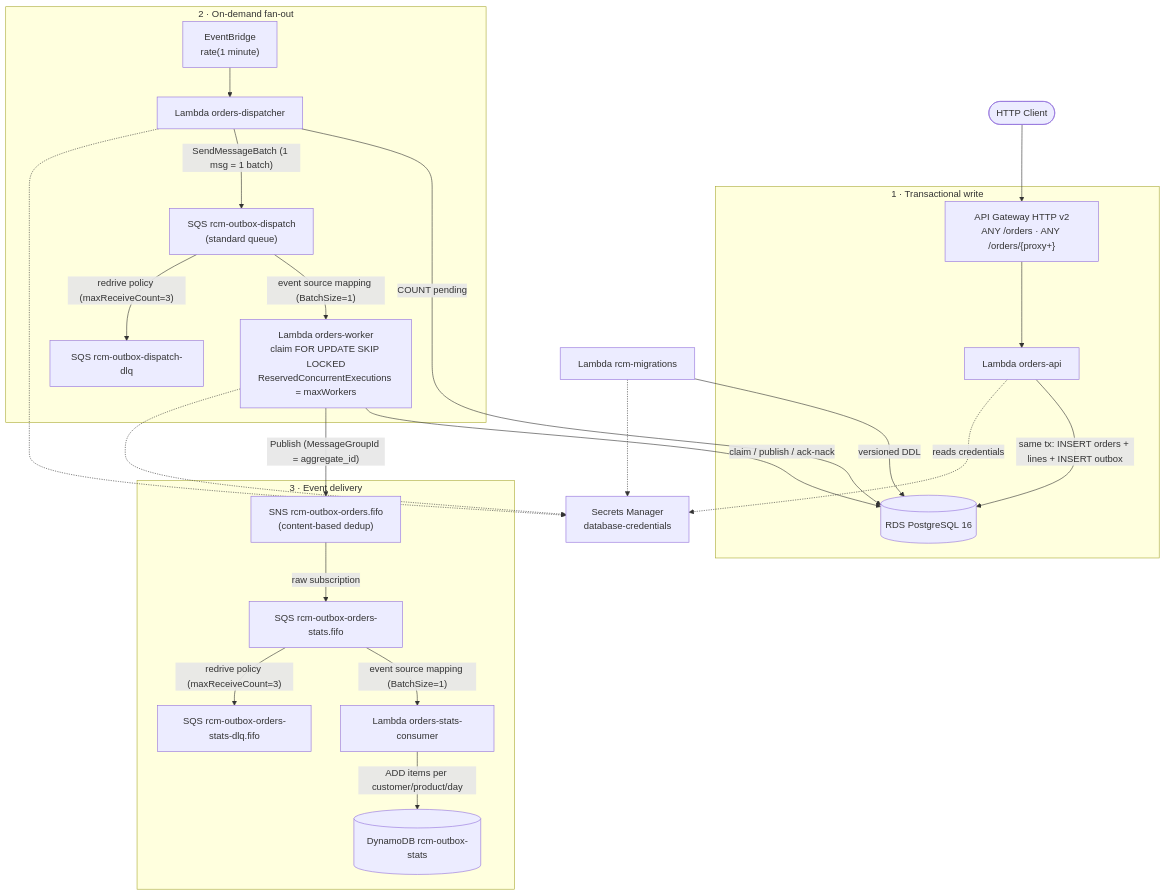
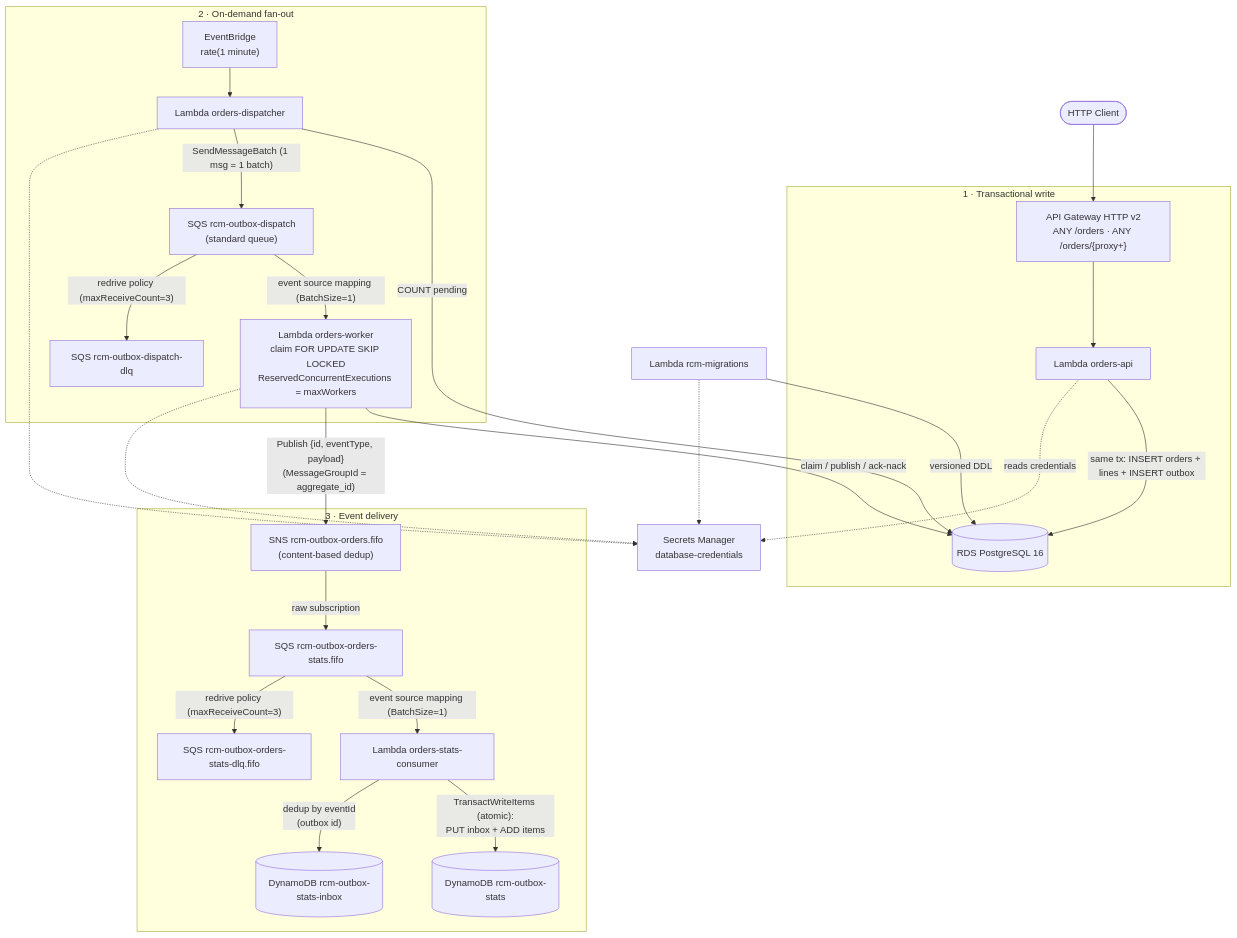
Before and after one commit to rcastellor/rcm-outbox: the diagram in README-en.md, drawn with Mermaid. The commit also changed other lines of this file and 16 other files, not shown here.

````diff
--- a/README-en.md
+++ b/README-en.md
@@ -11,52 +13,54 @@
 ```mermaid
 flowchart TB
     client(["HTTP Client"])
 
     subgraph escritura ["1 · Transactional write"]
         apigw["API Gateway HTTP v2<br/>ANY /orders · ANY /orders/{proxy+}"]
         api["Lambda orders-api"]
         db[("RDS PostgreSQL 16")]
     end
 
     subgraph fanout ["2 · On-demand fan-out"]
         eb["EventBridge<br/>rate(1 minute)"]
         disp["Lambda orders-dispatcher"]
         dq["SQS rcm-outbox-dispatch<br/>(standard queue)"]
         dqdlq["SQS rcm-outbox-dispatch-dlq"]
         worker["Lambda orders-worker<br/>claim FOR UPDATE SKIP LOCKED<br/>ReservedConcurrentExecutions = maxWorkers"]
     end
 
     subgraph entrega ["3 · Event delivery"]
         sns["SNS rcm-outbox-orders.fifo<br/>(content-based dedup)"]
         subq["SQS rcm-outbox-orders-stats.fifo"]
         subqdlq["SQS rcm-outbox-orders-stats-dlq.fifo"]
         consumer["Lambda orders-stats-consumer"]
         ddb[("DynamoDB rcm-outbox-stats")]
+        inbox[("DynamoDB rcm-outbox-stats-inbox")]
     end
 
     sm["Secrets Manager<br/>database-credentials"]
     mig["Lambda rcm-migrations"]
 
     client --> apigw
     apigw --> api
     api -- "same tx: INSERT orders + lines + INSERT outbox" --> db
 
     eb --> disp
     disp -- "COUNT pending" --> db
     disp -- "SendMessageBatch (1 msg = 1 batch)" --> dq
     dq -- "event source mapping (BatchSize=1)" --> worker
     worker -- "claim / publish / ack-nack" --> db
-    worker -- "Publish (MessageGroupId = aggregate_id)" --> sns
+    worker -- "Publish {id, eventType, payload}<br/>(MessageGroupId = aggregate_id)" --> sns
     sns -- "raw subscription" --> subq
     subq -- "event source mapping (BatchSize=1)" --> consumer
-    consumer -- "ADD items per customer/product/day" --> ddb
+    consumer -- "TransactWriteItems (atomic):<br/>PUT inbox + ADD items" --> ddb
+    consumer -- "dedup by eventId<br/>(outbox id)" --> inbox
 
     dq -- "redrive policy (maxReceiveCount=3)" --> dqdlq
     subq -- "redrive policy (maxReceiveCount=3)" --> subqdlq
 
     api -. "reads credentials" .-> sm
     disp -.-> sm
     worker -.-> sm
     mig -.-> sm
     mig -- "versioned DDL" --> db
 ```
````
